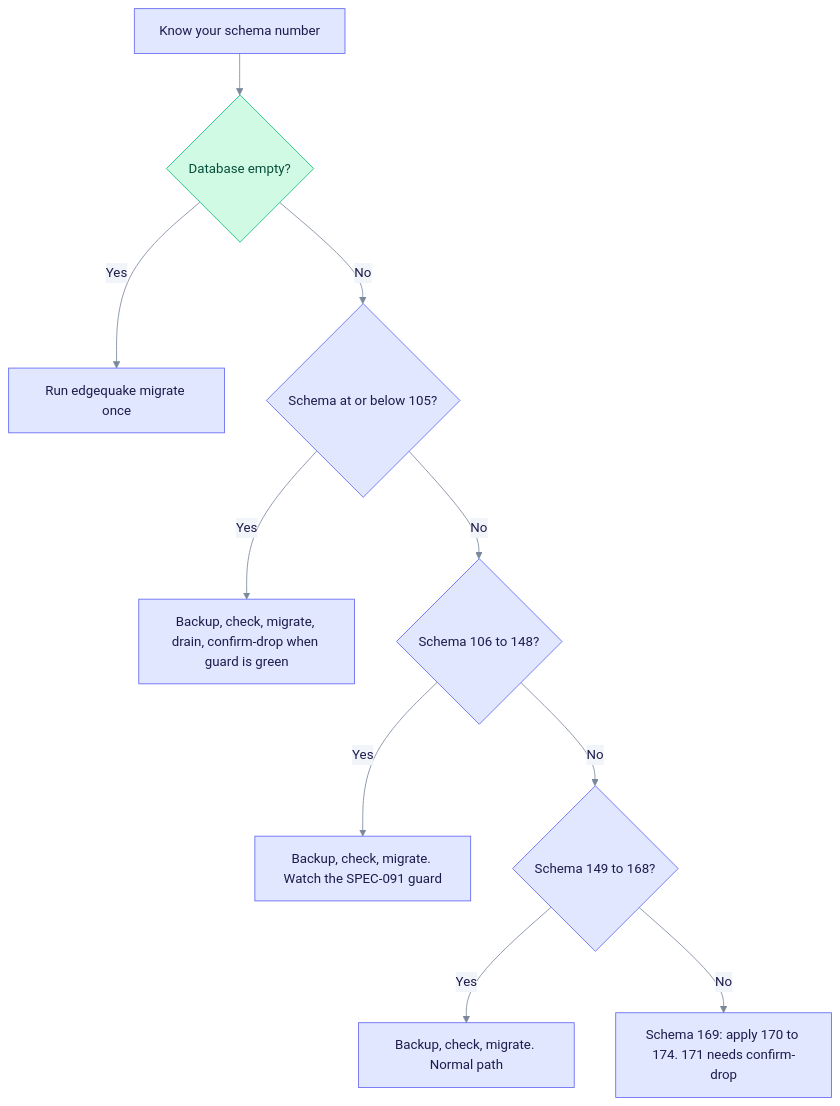
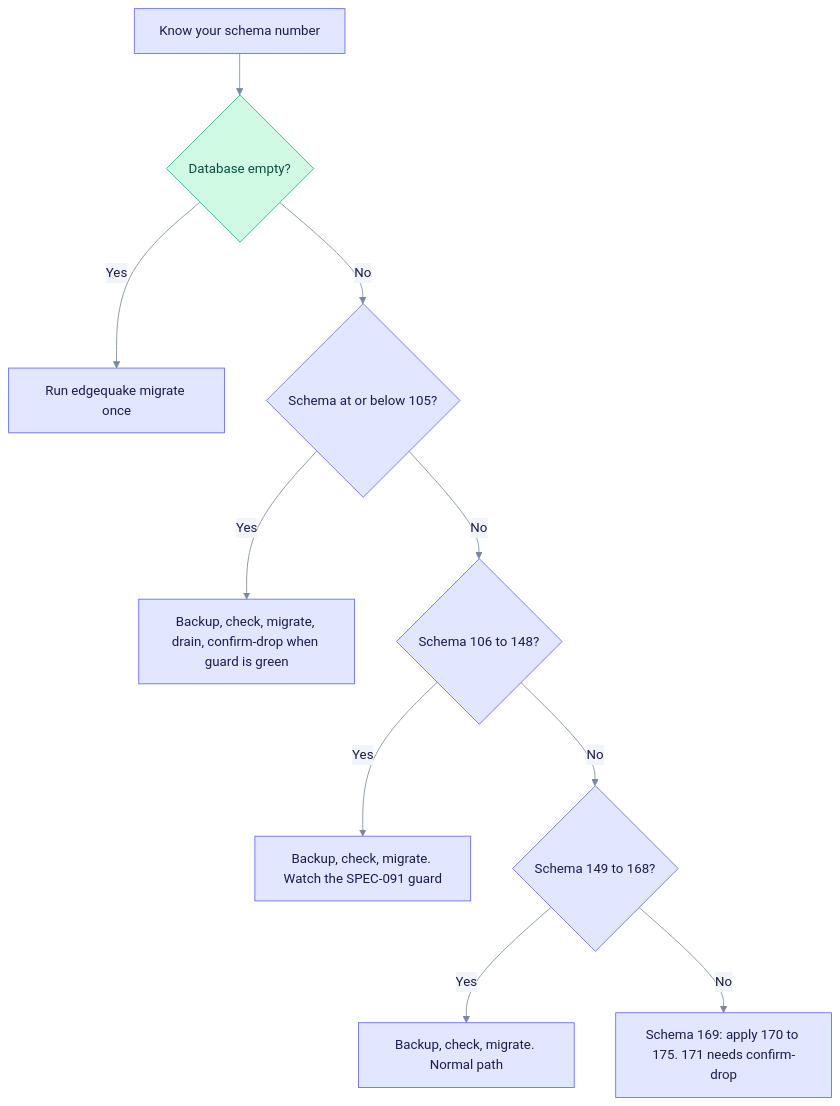
Before and after one commit to YatchiYa/edgequake: the first of 3 diagrams in docs/operations/upgrading.md, drawn with Mermaid. The commit also changed other lines of this file and 9 other files, not shown here.

````diff
--- a/docs/operations/upgrading.md
+++ b/docs/operations/upgrading.md
@@ -24,17 +24,17 @@
 ```mermaid
 %%{init: {"theme":"base","themeVariables":{"primaryColor":"#E0E7FF","primaryBorderColor":"#6366F1","primaryTextColor":"#1E1B4B","secondaryColor":"#D1FAE5","secondaryBorderColor":"#10B981","secondaryTextColor":"#064E3B","tertiaryColor":"#FEF3C7","tertiaryBorderColor":"#F59E0B","tertiaryTextColor":"#6B7A90","lineColor":"#7A889C","clusterBkg":"rgba(99,102,241,0.07)","clusterBorder":"#A5B4FC","noteBkgColor":"#FEF9C3","noteTextColor":"#422006","textColor":"#6B7A90","titleColor":"#6B7A90","signalColor":"#7A889C","signalTextColor":"#6B7A90","loopTextColor":"#6B7A90","edgeLabelBackground":"#F1F5F9","actorLineColor":"#94A3B8"}}}%%
 %% eq-theme:v1
 flowchart TD
   A["Know your schema number"] --> B{"Database empty?"}
   B -->|Yes| C["Run edgequake migrate once"]
   B -->|No| D{"Schema at or below 105?"}
   D -->|Yes| E["Backup, check, migrate, drain, confirm-drop when guard is green"]
   D -->|No| F{"Schema 106 to 148?"}
   F -->|Yes| G["Backup, check, migrate. Watch the SPEC-091 guard"]
   F -->|No| H{"Schema 149 to 168?"}
   H -->|Yes| I["Backup, check, migrate. Normal path"]
-  H -->|No| J["Schema 169: apply 170 to 174. 171 needs confirm-drop"]
+  H -->|No| J["Schema 169: apply 170 to 175. 171 needs confirm-drop"]
 %% eq-classes
 classDef eqStore fill:#D1FAE5,stroke:#10B981,color:#064E3B
 class B eqStore
 ```
````
